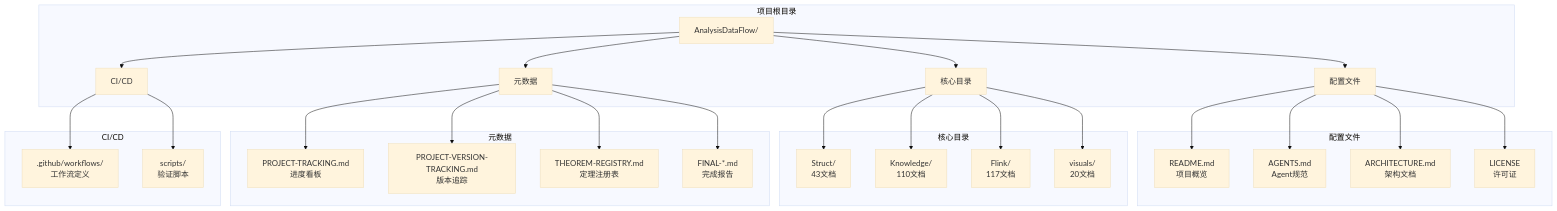
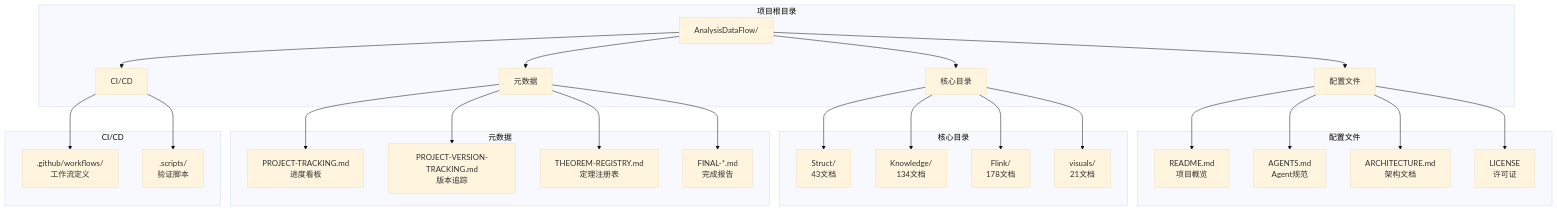
One commit to AdaMartin18010/AnalysisDataFlow changed the ninth of 13 diagrams in ARCHITECTURE.md. Above: the diagram before and after it, drawn with Mermaid (base theme). The commit also changed other lines of this file and 122 other files, not shown here.

````diff
--- a/ARCHITECTURE.md
+++ b/ARCHITECTURE.md
@@ -569,37 +583,37 @@
 ```mermaid
 graph TB
     subgraph "项目根目录"
         Root[AnalysisDataFlow/]
 
         Root --> Config[配置文件]
         Root --> Core[核心目录]
         Root --> Meta[元数据]
         Root --> CI[CI/CD]
     end
 
     subgraph "配置文件"
         Config --> README[README.md<br/>项目概览]
         Config --> AGENTS[AGENTS.md<br/>Agent规范]
         Config --> ARCH[ARCHITECTURE.md<br/>架构文档]
         Config --> License[LICENSE<br/>许可证]
     end
 
     subgraph "核心目录"
         Core --> Struct[Struct/<br/>43文档]
-        Core --> Knowledge[Knowledge/<br/>110文档]
-        Core --> Flink[Flink/<br/>117文档]
-        Core --> Visuals[visuals/<br/>20文档]
+        Core --> Knowledge[Knowledge/<br/>134文档]
+        Core --> Flink[Flink/<br/>178文档]
+        Core --> Visuals[visuals/<br/>21文档]
     end
 
     subgraph "元数据"
         Meta --> Tracking[PROJECT-TRACKING.md<br/>进度看板]
         Meta --> Version[PROJECT-VERSION-TRACKING.md<br/>版本追踪]
         Meta --> Registry[THEOREM-REGISTRY.md<br/>定理注册表]
         Meta --> Reports[FINAL-*.md<br/>完成报告]
     end
 
     subgraph "CI/CD"
         CI --> Workflows[.github/workflows/<br/>工作流定义]
-        CI --> Scripts[scripts/<br/>验证脚本]
+        CI --> Scripts[.scripts/<br/>验证脚本]
     end
 ```
````
